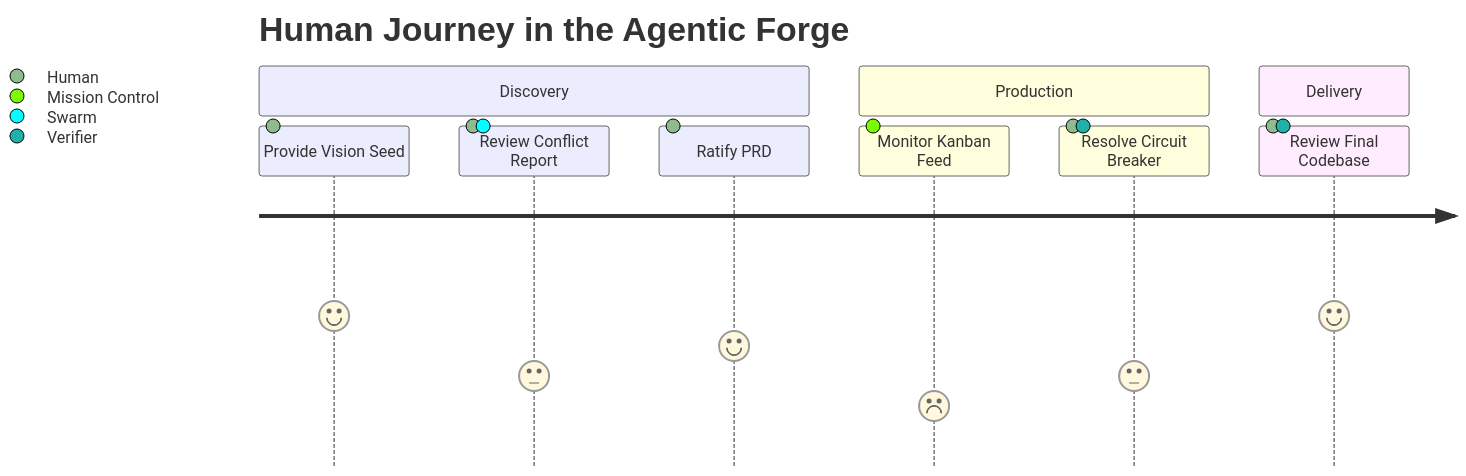
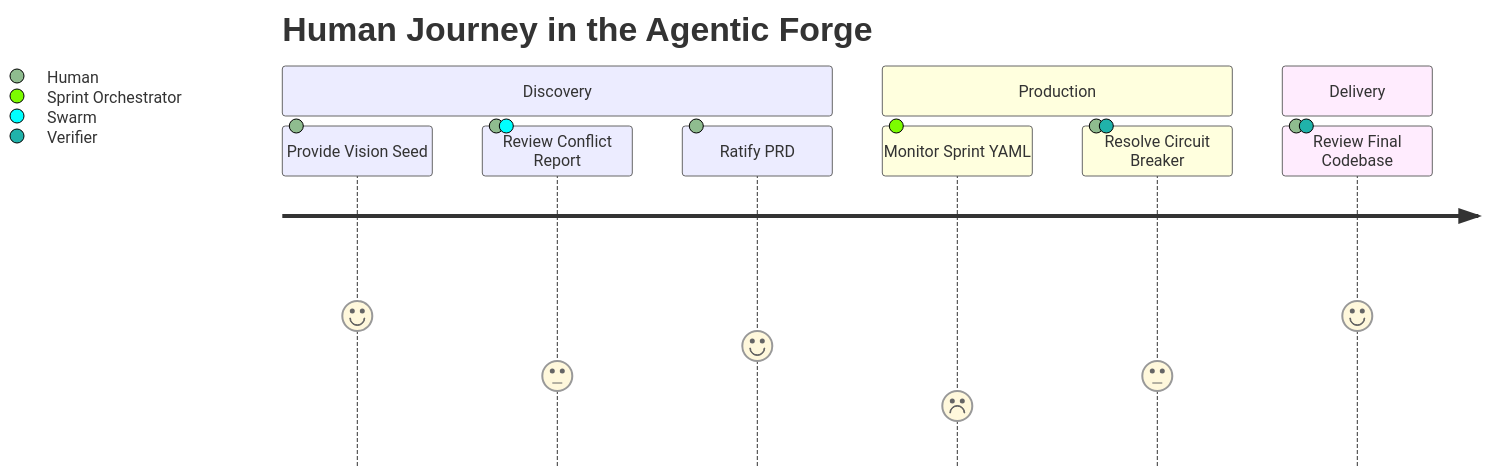
The third of 4 diagrams in factory-os/PRD_Agentic_Forge_v2.md (vamshigunji/ANT-Coding), drawn with Mermaid before and after one commit. The commit also changed other lines of this file and 2 other files, not shown here.

Commit message:
Pivot to File-Based Sprint Orchestrator (Skip Kanban Integration)

````diff
--- a/factory-os/PRD_Agentic_Forge_v2.md
+++ b/factory-os/PRD_Agentic_Forge_v2.md
@@ -96,13 +98,13 @@
 ```mermaid
 journey
     title Human Journey in the Agentic Forge
     section Discovery
       Provide Vision Seed: 5: Human
       Review Conflict Report: 3: Human, Swarm
       Ratify PRD: 4: Human
     section Production
-      Monitor Kanban Feed: 2: Mission Control
+      Monitor Sprint YAML: 2: Sprint Orchestrator
       Resolve Circuit Breaker: 3: Human, Verifier
     section Delivery
       Review Final Codebase: 5: Human, Verifier
 ```
````
